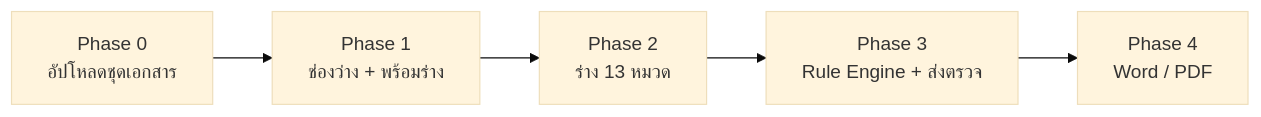
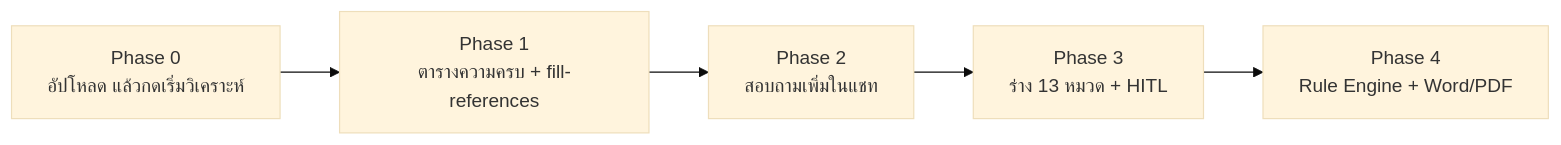
Before and after one commit to chiraleo2000/tor-generator: the third of 4 diagrams in Discussions/19-APPLICATION_OPERATING_REPORT.md, drawn with Mermaid (base theme). The commit also changed other lines of this file and 164 other files, not shown here.

````diff
--- a/Discussions/19-APPLICATION_OPERATING_REPORT.md
+++ b/Discussions/19-APPLICATION_OPERATING_REPORT.md
@@ -183,7 +183,7 @@
 ```mermaid
 flowchart LR
-  P0["Phase 0<br/>อัปโหลดชุดเอกสาร"] --> P1["Phase 1<br/>ช่องว่าง + พร้อมร่าง"]
-  P1 --> P2["Phase 2<br/>ร่าง 13 หมวด"]
-  P2 --> P3["Phase 3<br/>Rule Engine + ส่งตรวจ"]
-  P3 --> P4["Phase 4<br/>Word / PDF"]
+  P0["Phase 0<br/>อัปโหลด แล้วกดเริ่มวิเคราะห์"] --> P1["Phase 1<br/>ตารางความครบ + fill-references"]
+  P1 --> P2["Phase 2<br/>สอบถามเพิ่มในแชท"]
+  P2 --> P3["Phase 3<br/>ร่าง 13 หมวด + HITL"]
+  P3 --> P4["Phase 4<br/>Rule Engine + Word/PDF"]
 ```
````
